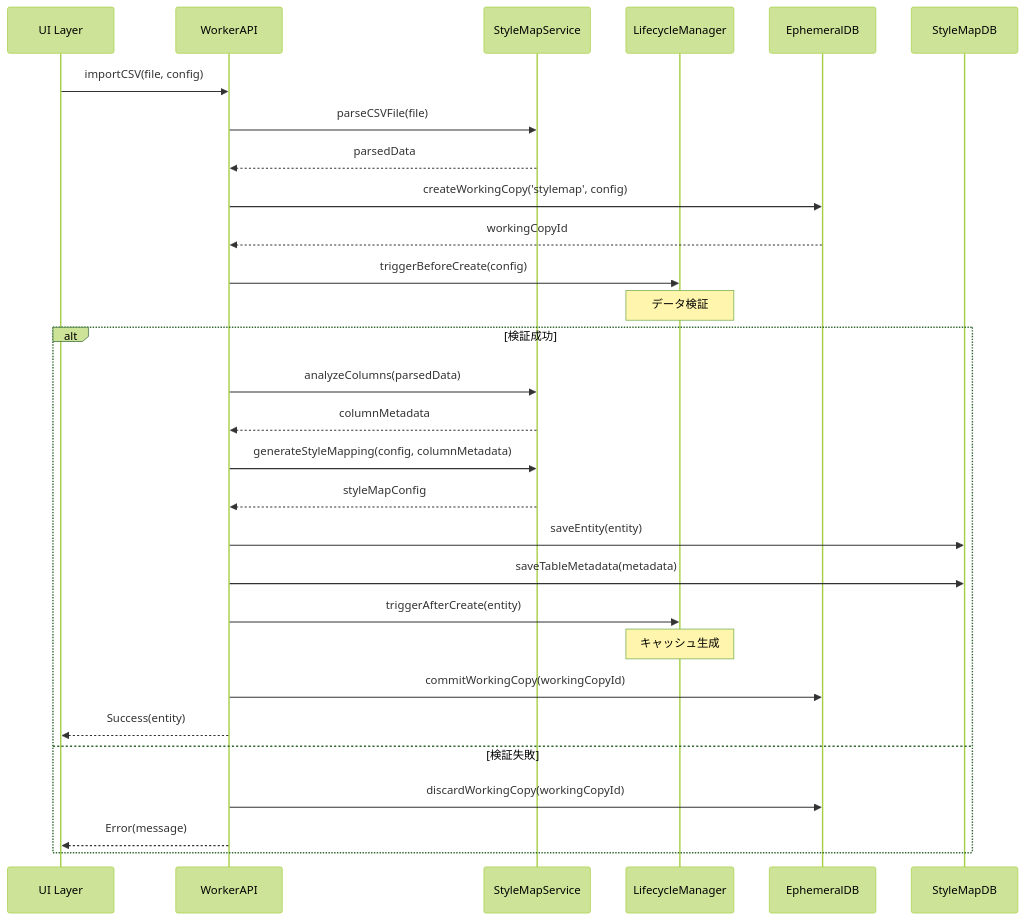
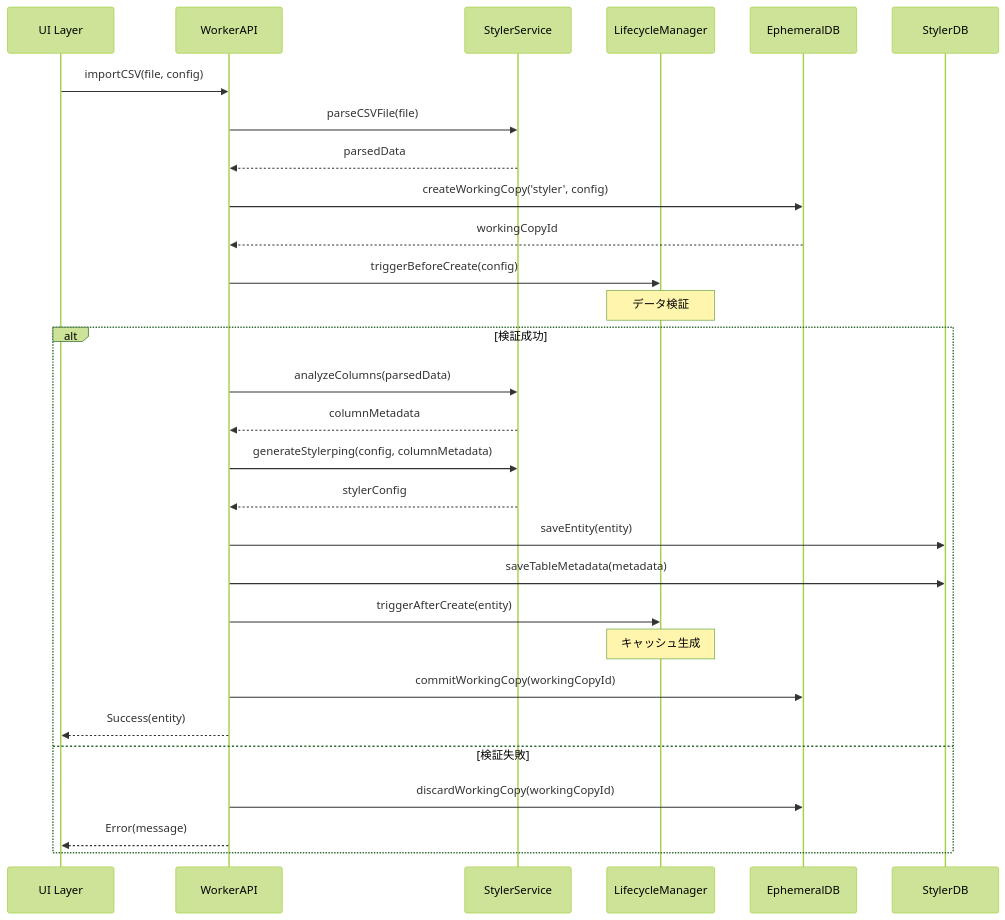
The diagram in docs/deprecated/10-2-plugin-stylemap.md (kubohiroya/hierarchidb), drawn with Mermaid (forest theme) before and after one commit. The commit also changed other lines of this file and 267 other files, not shown here.

First line of the commit message:
refactor: rename stylemap-plugin to styler-plugin

````diff
--- a/docs/deprecated/10-2-plugin-stylemap.md
+++ b/docs/deprecated/10-2-plugin-stylemap.md
@@ -108,39 +108,39 @@
 ```mermaid
 sequenceDiagram
     participant UI as UI Layer
     participant WA as WorkerAPI
-    participant SM as StyleMapService
+    participant SM as StylerService
     participant LM as LifecycleManager
     participant EDB as EphemeralDB
-    participant PDB as StyleMapDB
+    participant PDB as StylerDB
 
     UI->>WA: importCSV(file, config)
     WA->>SM: parseCSVFile(file)
     SM-->>WA: parsedData
     
-    WA->>EDB: createWorkingCopy('stylemap', config)
+    WA->>EDB: createWorkingCopy('styler', config)
     EDB-->>WA: workingCopyId
     
     WA->>LM: triggerBeforeCreate(config)
     Note over LM: データ検証
     
     alt 検証成功
         WA->>SM: analyzeColumns(parsedData)
         SM-->>WA: columnMetadata
         
-        WA->>SM: generateStyleMapping(config, columnMetadata)
-        SM-->>WA: styleMapConfig
+        WA->>SM: generateStylerping(config, columnMetadata)
+        SM-->>WA: stylerConfig
         
         WA->>PDB: saveEntity(entity)
         WA->>PDB: saveTableMetadata(metadata)
         
         WA->>LM: triggerAfterCreate(entity)
         Note over LM: キャッシュ生成
         
         WA->>EDB: commitWorkingCopy(workingCopyId)
         WA-->>UI: Success(entity)
     else 検証失敗
         WA->>EDB: discardWorkingCopy(workingCopyId)
         WA-->>UI: Error(message)
     end
 ```
````
